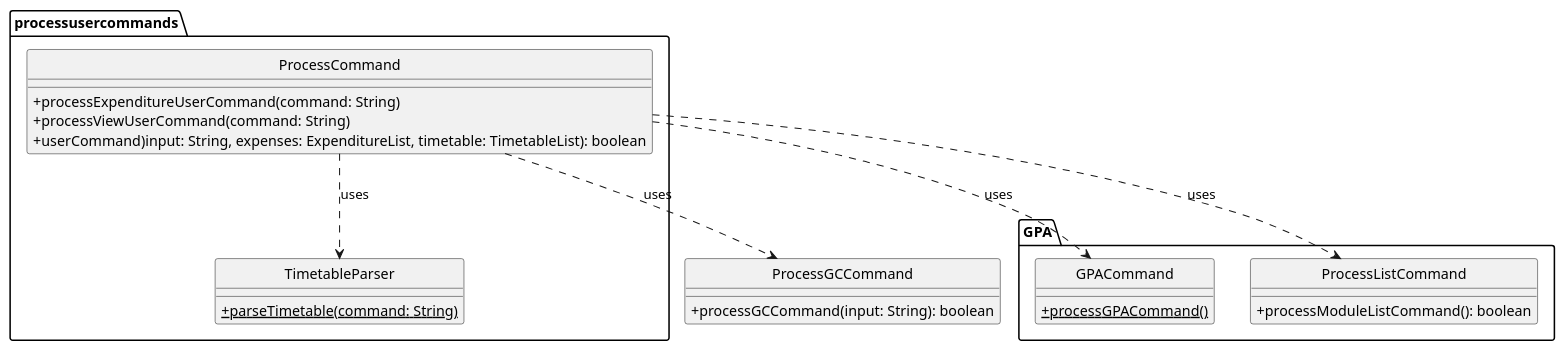
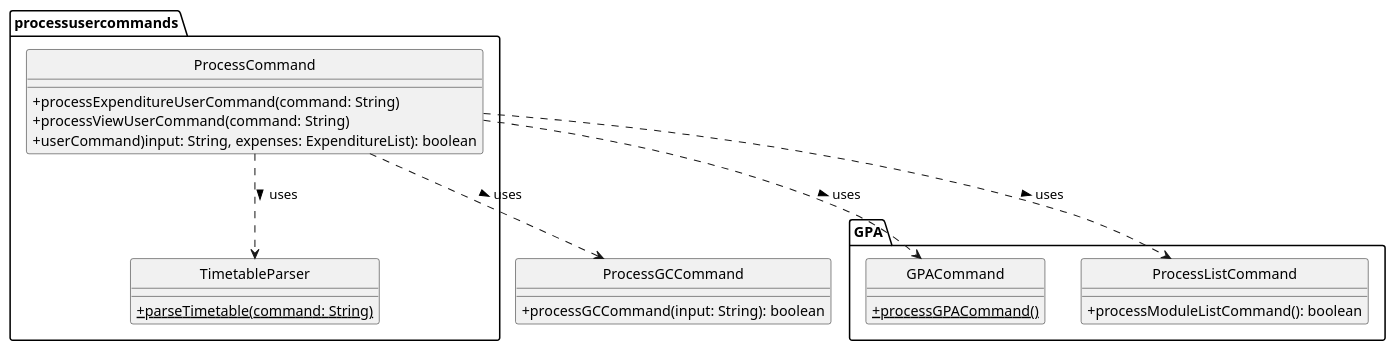
One commit to nyh3/tp changed the diagram in docs/diagrams/classdiagram/ProcessCommandCD.puml. Above: the diagram before and after it, drawn with PlantUML. The commit also changed 9 other files, not shown here.

Commit message:
Add storage class diagram

```diff
--- a/docs/diagrams/classdiagram/ProcessCommandCD.puml
+++ b/docs/diagrams/classdiagram/ProcessCommandCD.puml
@@ -1,37 +1,37 @@
 @startuml
 'https://plantuml.com/class-diagram
 
 hide circle
 skinparam classAttributeIconSize 0
 
 package GPA {
     class GPACommand {
         + {static} processGPACommand()
     }
 
     class ProcessListCommand {
         + processModuleListCommand(): boolean
     }
 }
 
 package processusercommands {
     class ProcessCommand {
         + processExpenditureUserCommand(command: String)
         + processViewUserCommand(command: String)
-        + userCommand)input: String, expenses: ExpenditureList, timetable: TimetableList): boolean
+        + userCommand)input: String, expenses: ExpenditureList): boolean
     }
 
     class TimetableParser {
         + {static} parseTimetable(command: String)
     }
 }
 
 class ProcessGCCommand {
     + processGCCommand(input: String): boolean
 }
 
-ProcessCommand ..> TimetableParser: uses
-ProcessCommand ..> GPACommand: uses
-ProcessCommand ..> ProcessGCCommand: uses
-ProcessCommand ..> ProcessListCommand: uses
+ProcessCommand ..> TimetableParser: uses >
+ProcessCommand ..> GPACommand: uses >
+ProcessCommand ..> ProcessGCCommand: uses >
+ProcessCommand ..> ProcessListCommand: uses >
 @enduml
```
